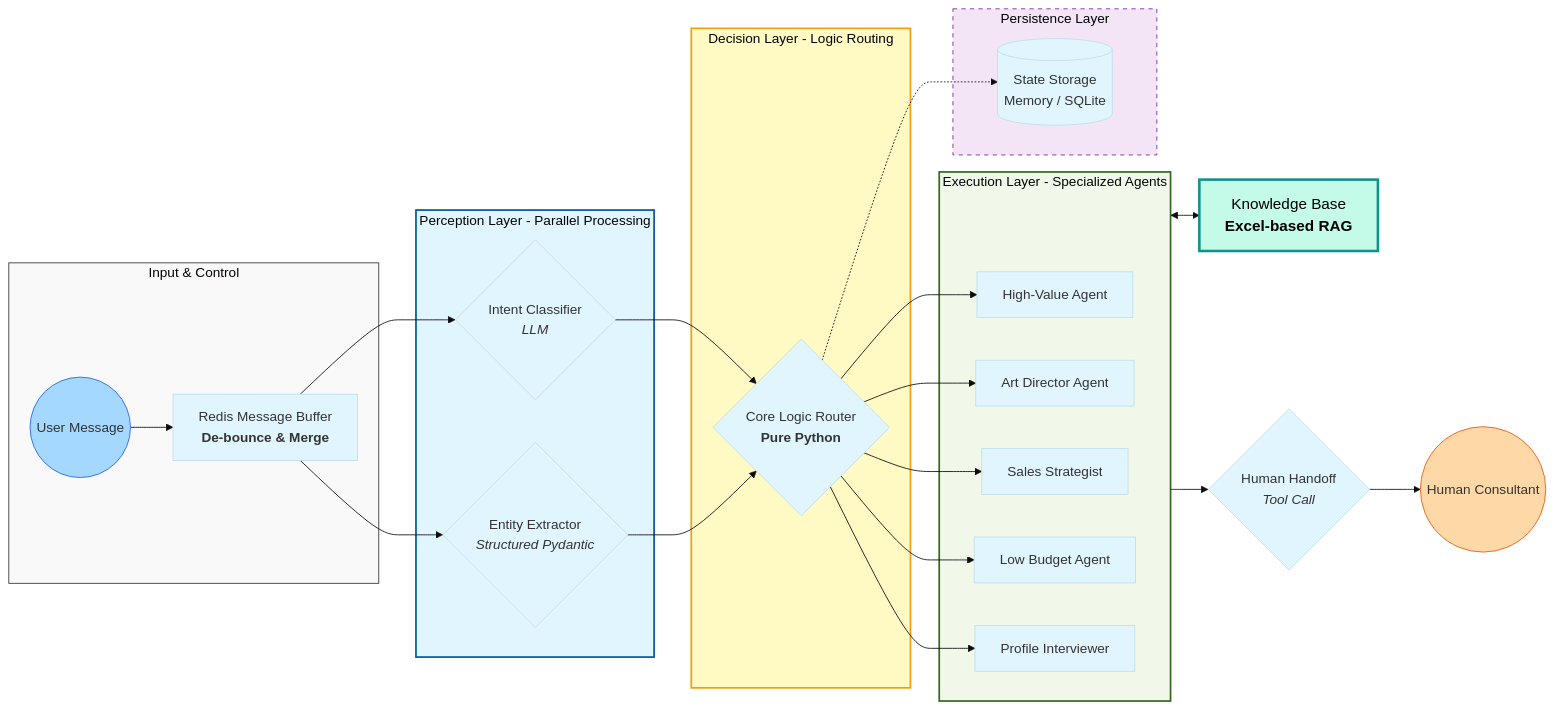
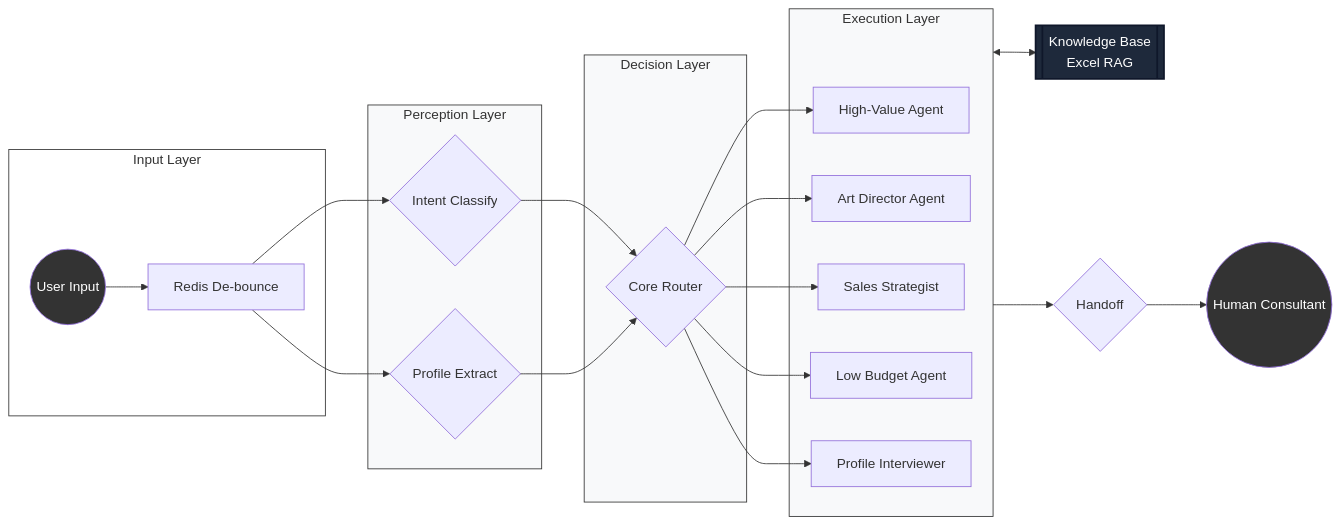
One commit to JackybigW/baoshu_ai changed the diagram in README_EN.md. Above: the diagram before and after it, drawn with Mermaid. The commit also changed other lines of this file and 1 other file, not shown here.

Commit message:
docs: 回归大厂极客风极简审美，重构 Mermaid 架构图布局与配色

````diff
--- a/README_EN.md
+++ b/README_EN.md
@@ -15,42 +15,40 @@
 ```mermaid
-%%{init: {'theme': 'base', 'themeVariables': { 'fontSize': '16px', 'primaryColor': '#e1f5fe', 'edgeLabelBackground':'#ffffff'}}}%%
 graph LR
-    subgraph Input_Layer [Input & Control]
-        User((User Message)) --> Buffer[Redis Message Buffer<br/><b>De-bounce & Merge</b>]
+    %% Layers
+    subgraph Input [Input Layer]
+        User((User Input)) --> Buffer[Redis De-bounce]
     end
 
-    subgraph Perception_Layer [Perception Layer - Parallel Processing]
-        Buffer --> Classifier{Intent Classifier<br/><i>LLM</i>}
-        Buffer --> Extractor{Entity Extractor<br/><i>Structured Pydantic</i>}
+    subgraph Perception [Perception Layer]
+        Buffer --> Classifier{Intent Classify}
+        Buffer --> Extractor{Profile Extract}
     end
 
-    subgraph Decision_Layer [Decision Layer - Logic Routing]
-        Classifier & Extractor --> Router{Core Logic Router<br/><b>Pure Python</b>}
+    subgraph Decision [Decision Layer]
+        Classifier & Extractor --> Router{Core Router}
     end
 
-    subgraph Execution_Layer [Execution Layer - Specialized Agents]
+    subgraph Execution [Execution Layer]
         Router --> HV[High-Value Agent]
         Router --> ART[Art Director Agent]
         Router --> CS[Sales Strategist]
         Router --> LB[Low Budget Agent]
         Router --> IV[Profile Interviewer]
     end
 
-    Execution_Layer <--> RAG[Knowledge Base<br/><b>Excel-based RAG</b>]
-    Execution_Layer --> Handoff{Human Handoff<br/><i>Tool Call</i>}
-    Handoff --> Agent_Assigned((Human Consultant))
+    %% Core Components
+    Execution <--> RAG[[Knowledge Base<br/>Excel RAG]]
+    Execution --> Handoff{Handoff}
+    Handoff --> Human((Human Consultant))
 
-    subgraph Persistence [Persistence Layer]
-        Router -.-> DB[(State Storage<br/>Memory / SQLite)]
-    end
-
-    %% Styling
-    style Input_Layer fill:#f9f9f9,stroke:#333,stroke-width:1px
-    style Perception_Layer fill:#e1f5fe,stroke:#01579b,stroke-width:2px
-    style Decision_Layer fill:#fff9c4,stroke:#f59e0b,stroke-width:2px
-    style Execution_Layer fill:#f1f8e9,stroke:#33691e,stroke-width:2px
-    style RAG fill:#c3fae8,stroke:#0d9488,stroke-width:3px,color:#000,font-size:18px
-    style Persistence fill:#f3e5f5,stroke:#7b1fa2,stroke-dasharray: 5 5
-    style User fill:#a5d8ff,stroke:#2563eb
-    style Agent_Assigned fill:#ffd8a8,stroke:#ea580c
+    %% Tech Minimalist Styles
+    style Input fill:#ffffff,stroke:#333,stroke-width:1px
+    style Perception fill:#f8f9fa,stroke:#333,stroke-width:1px
+    style Decision fill:#f8f9fa,stroke:#333,stroke-width:1px
+    style Execution fill:#f8f9fa,stroke:#333,stroke-width:1px
+    
+    %% Asset Emphasis
+    style RAG fill:#1e293b,color:#fff,stroke:#0f172a,stroke-width:2px
+    style User fill:#333,color:#fff
+    style Human fill:#333,color:#fff
 ```
````
